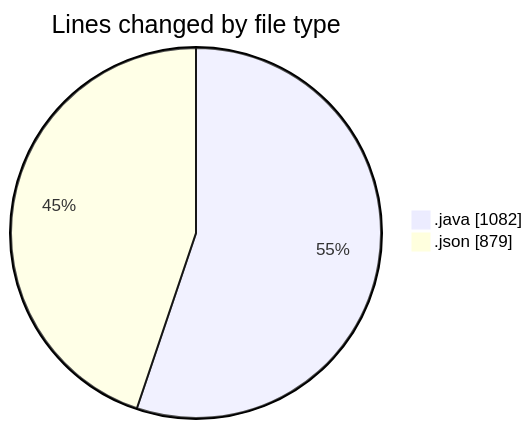
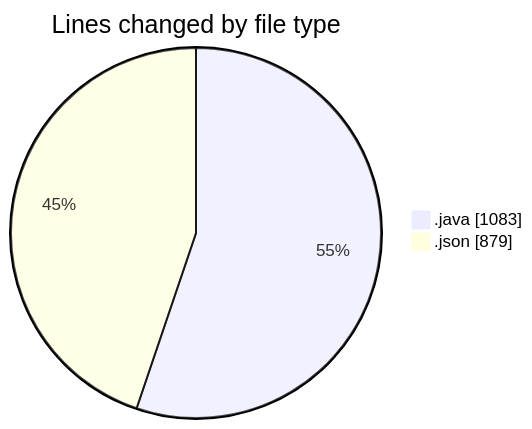
One commit to ricardozamudiocil/code-tracking changed the first of 2 diagrams in 2026-03-18/cilapp/README.md. Above: the diagram before and after it, drawn with Mermaid. The commit also changed other lines of this file and 1 other file, not shown here.

````diff
--- a/2026-03-18/cilapp/README.md
+++ b/2026-03-18/cilapp/README.md
@@ -21,6 +21,6 @@
 ```mermaid
 pie showData
 title Lines changed by file type
-".java" : 1082
+".java" : 1083
 ".json" : 879
 ```
````
